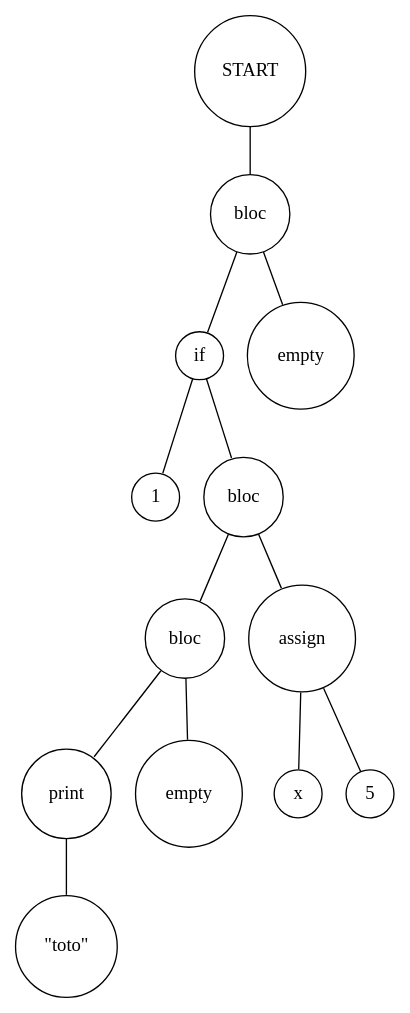
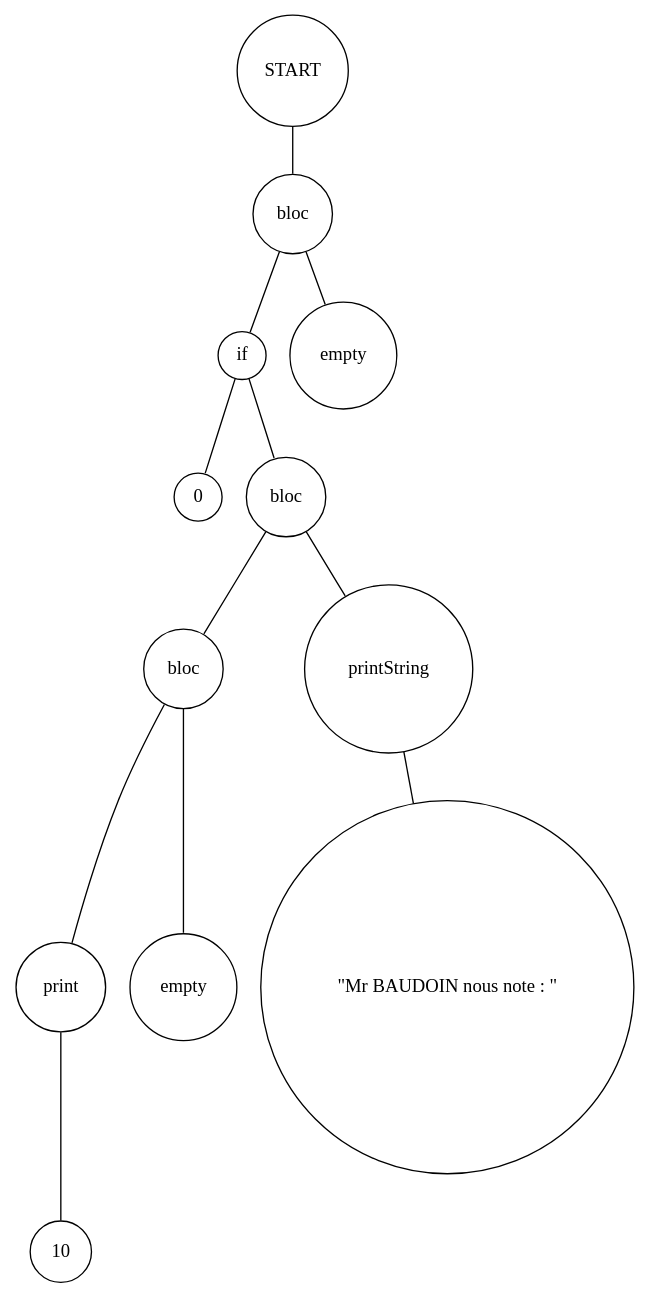
One commit to Blaze940/Mini_interpret changed the diagram in Digraph.gv. Above: the diagram before and after it, drawn with Graphviz. The commit also changed 4 other files, not shown here.

```diff
--- a/Digraph.gv
+++ b/Digraph.gv
@@ -1,28 +1,26 @@
 digraph {
 	node [shape=circle]
-	"73cd5a86-9a4c-4010-a5c7-21666e71ade4" [label=START]
-	"2a42d2a9-5953-499f-8347-c615b3c77b39" [label=bloc]
-	"53aefd8a-8079-47e7-a898-5638d41a8696" [label=if]
-	"1b480236-19ca-49a1-868e-f6ac2212712e" [label=1]
-	"53aefd8a-8079-47e7-a898-5638d41a8696" -> "1b480236-19ca-49a1-868e-f6ac2212712e" [arrowsize=0]
-	"0b7e3796-bdd4-421a-be80-49b35f825b05" [label=bloc]
-	"f6b4891f-6b31-446d-b81c-4f4bef056c56" [label=bloc]
-	"908efd94-7a16-4b3f-a1d5-a24050f48bd1" [label=print]
-	"f74ac1a3-5197-45ff-89b5-6fba17c757f6" [label="\"toto\""]
-	"908efd94-7a16-4b3f-a1d5-a24050f48bd1" -> "f74ac1a3-5197-45ff-89b5-6fba17c757f6" [arrowsize=0]
-	"f6b4891f-6b31-446d-b81c-4f4bef056c56" -> "908efd94-7a16-4b3f-a1d5-a24050f48bd1" [arrowsize=0]
-	"3b71d72c-0c2a-44db-b370-ce5303c395d1" [label=empty]
-	"f6b4891f-6b31-446d-b81c-4f4bef056c56" -> "3b71d72c-0c2a-44db-b370-ce5303c395d1" [arrowsize=0]
-	"0b7e3796-bdd4-421a-be80-49b35f825b05" -> "f6b4891f-6b31-446d-b81c-4f4bef056c56" [arrowsize=0]
-	"500b1e6b-3643-4463-8a7c-6cc066c94a19" [label=assign]
-	"0b1275ce-12b5-46c5-ada4-8ad6e05df7a1" [label=x]
-	"500b1e6b-3643-4463-8a7c-6cc066c94a19" -> "0b1275ce-12b5-46c5-ada4-8ad6e05df7a1" [arrowsize=0]
-	"1f5efbe2-83f6-4a23-bc03-c48a4d0c43d4" [label=5]
-	"500b1e6b-3643-4463-8a7c-6cc066c94a19" -> "1f5efbe2-83f6-4a23-bc03-c48a4d0c43d4" [arrowsize=0]
-	"0b7e3796-bdd4-421a-be80-49b35f825b05" -> "500b1e6b-3643-4463-8a7c-6cc066c94a19" [arrowsize=0]
-	"53aefd8a-8079-47e7-a898-5638d41a8696" -> "0b7e3796-bdd4-421a-be80-49b35f825b05" [arrowsize=0]
-	"2a42d2a9-5953-499f-8347-c615b3c77b39" -> "53aefd8a-8079-47e7-a898-5638d41a8696" [arrowsize=0]
-	"3c64368a-8a1b-46a3-971e-3e0de107b83d" [label=empty]
-	"2a42d2a9-5953-499f-8347-c615b3c77b39" -> "3c64368a-8a1b-46a3-971e-3e0de107b83d" [arrowsize=0]
-	"73cd5a86-9a4c-4010-a5c7-21666e71ade4" -> "2a42d2a9-5953-499f-8347-c615b3c77b39" [arrowsize=0]
+	"7851fb7e-c7c2-43f1-868c-afc45c8d9e64" [label=START]
+	"73f666cd-0415-4b90-8832-370c196b7ada" [label=bloc]
+	"64da0dde-c161-49f6-95f3-858dc7e2f37b" [label=if]
+	"c514b637-2c44-498b-880a-152559171f76" [label=0]
+	"64da0dde-c161-49f6-95f3-858dc7e2f37b" -> "c514b637-2c44-498b-880a-152559171f76" [arrowsize=0]
+	"9de2916b-3757-4f0a-84eb-a858a84de7ad" [label=bloc]
+	"d3a2b170-4048-4e82-8e61-3753209dff33" [label=bloc]
+	"ea49edc2-d3bb-4352-ad0a-ad3d286ffdda" [label=print]
+	"956e0a9a-3e2f-4c37-b62a-b862ad4ae9e1" [label=10]
+	"ea49edc2-d3bb-4352-ad0a-ad3d286ffdda" -> "956e0a9a-3e2f-4c37-b62a-b862ad4ae9e1" [arrowsize=0]
+	"d3a2b170-4048-4e82-8e61-3753209dff33" -> "ea49edc2-d3bb-4352-ad0a-ad3d286ffdda" [arrowsize=0]
+	"972ceb03-f90e-4259-899b-27bc9a208c4c" [label=empty]
+	"d3a2b170-4048-4e82-8e61-3753209dff33" -> "972ceb03-f90e-4259-899b-27bc9a208c4c" [arrowsize=0]
+	"9de2916b-3757-4f0a-84eb-a858a84de7ad" -> "d3a2b170-4048-4e82-8e61-3753209dff33" [arrowsize=0]
+	"02cd24c3-fae2-4cc1-a8a1-02685055babf" [label=printString]
+	"9ff15bdb-9382-4b0d-9292-16f300f5a3b2" [label="\"Mr BAUDOIN nous note : \""]
+	"02cd24c3-fae2-4cc1-a8a1-02685055babf" -> "9ff15bdb-9382-4b0d-9292-16f300f5a3b2" [arrowsize=0]
+	"9de2916b-3757-4f0a-84eb-a858a84de7ad" -> "02cd24c3-fae2-4cc1-a8a1-02685055babf" [arrowsize=0]
+	"64da0dde-c161-49f6-95f3-858dc7e2f37b" -> "9de2916b-3757-4f0a-84eb-a858a84de7ad" [arrowsize=0]
+	"73f666cd-0415-4b90-8832-370c196b7ada" -> "64da0dde-c161-49f6-95f3-858dc7e2f37b" [arrowsize=0]
+	"2a0dfe96-dfd3-4cd1-8b34-9ce421ecf4a0" [label=empty]
+	"73f666cd-0415-4b90-8832-370c196b7ada" -> "2a0dfe96-dfd3-4cd1-8b34-9ce421ecf4a0" [arrowsize=0]
+	"7851fb7e-c7c2-43f1-868c-afc45c8d9e64" -> "73f666cd-0415-4b90-8832-370c196b7ada" [arrowsize=0]
 }
```
